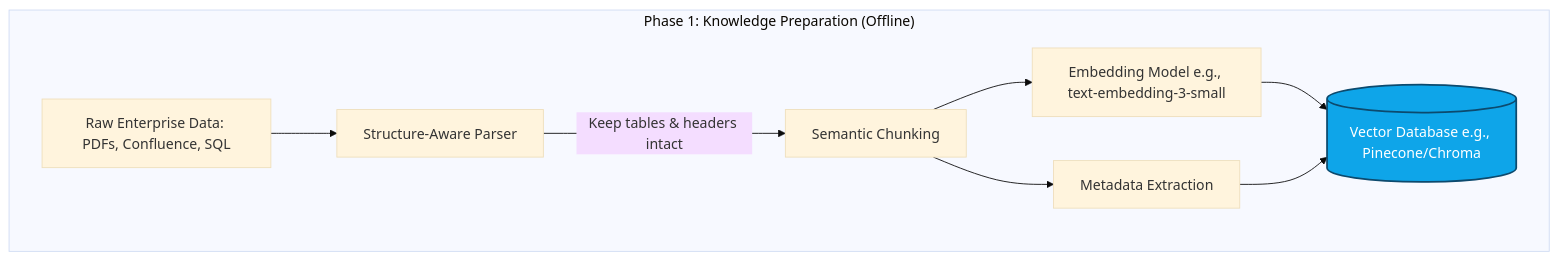
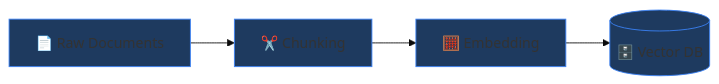
The first of 2 diagrams in RAG/02-architecture.md (YoussefAshraf711/Wiki), drawn with Mermaid (base theme) before and after one commit. The commit also changed other lines of this file and 7 other files, not shown here.

````diff
--- a/RAG/02-architecture.md
+++ b/RAG/02-architecture.md
@@ -26,12 +33,11 @@
 ```mermaid
-graph TD
-    subgraph "Phase 1: Knowledge Preparation (Offline)"
-        A[Raw Enterprise Data: PDFs, Confluence, SQL] --> B[Structure-Aware Parser]
-        B -->|Keep tables & headers intact| C[Semantic Chunking]
-        C --> D[Embedding Model e.g., text-embedding-3-small]
-        D --> E[(Vector Database e.g., Pinecone/Chroma)]
-        C --> F[Metadata Extraction]
-        F --> E
-    end
-    style E fill:#0ea5e9,stroke:#0c4a6e,stroke-width:2px,color:#fff
+graph LR
+    A[📄 Raw Documents] --> B[✂️ Chunking]
+    B --> C[🧮 Embedding]
+    C --> D[(🗄️ Vector DB)]
+    
+    style A fill:#1e3a5f,stroke:#3B82F6
+    style B fill:#1e3a5f,stroke:#3B82F6
+    style C fill:#1e3a5f,stroke:#3B82F6
+    style D fill:#1e3a5f,stroke:#3B82F6
 ```
````
